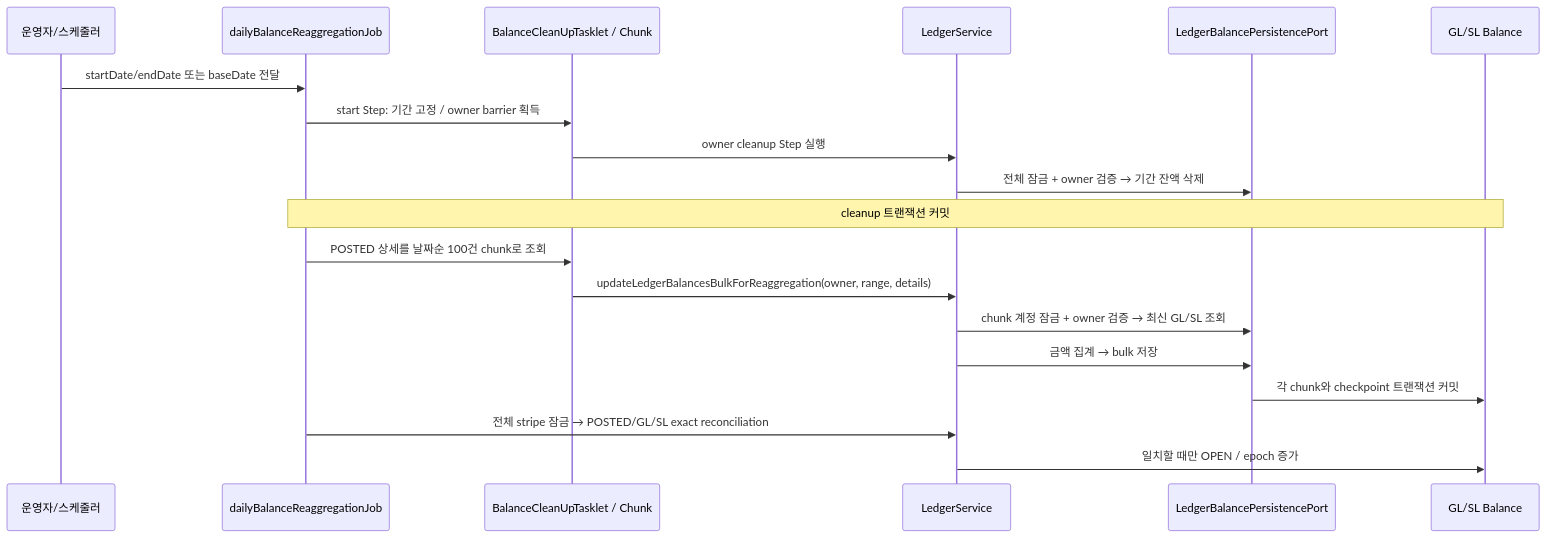
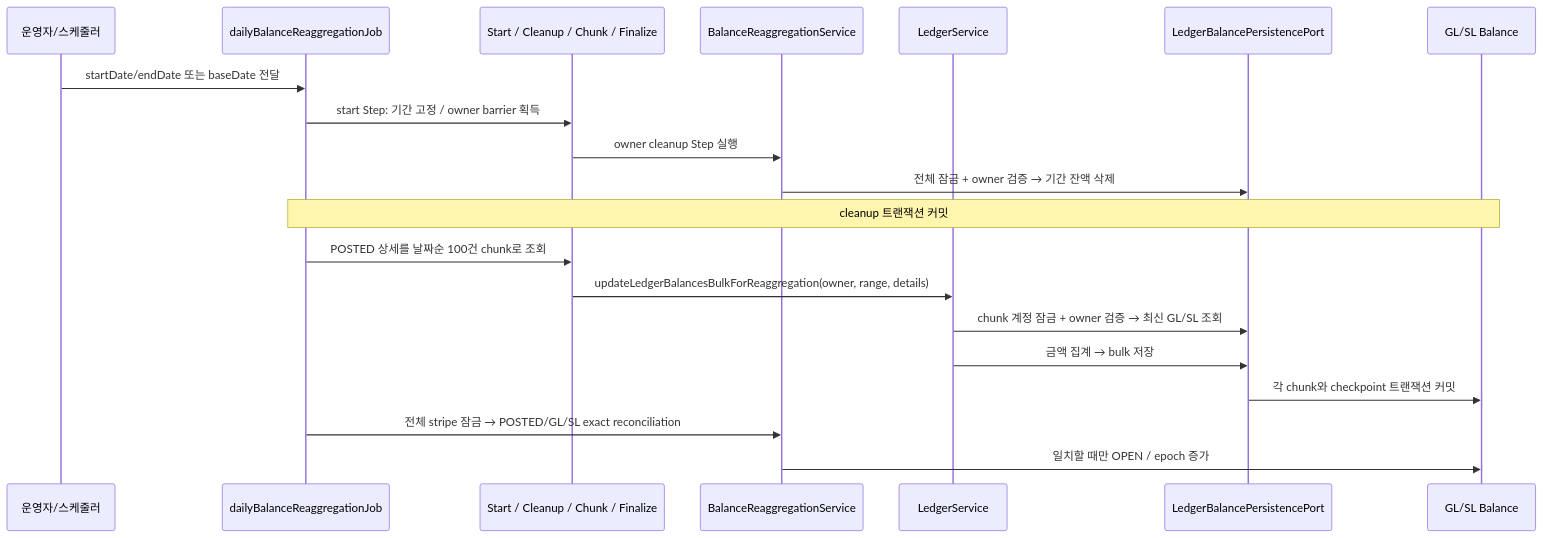
Before and after one commit to skyg547/account: the third of 3 diagrams in journal-ledger/docs/process-flow.md, drawn with Mermaid. The commit also changed other lines of this file and 8 other files, not shown here.

````diff
--- a/journal-ledger/docs/process-flow.md
+++ b/journal-ledger/docs/process-flow.md
@@ -503,22 +503,23 @@
 ```mermaid
 sequenceDiagram
     participant Scheduler as 운영자/스케줄러
     participant Batch as dailyBalanceReaggregationJob
-    participant Tasklet as BalanceCleanUpTasklet / Chunk
+    participant Tasklet as Start / Cleanup / Chunk / Finalize
+    participant Control as BalanceReaggregationService
     participant Service as LedgerService
     participant Port as LedgerBalancePersistencePort
     participant DB as GL/SL Balance
 
     Scheduler->>Batch: startDate/endDate 또는 baseDate 전달
     Batch->>Tasklet: start Step: 기간 고정 / owner barrier 획득
-    Tasklet->>Service: owner cleanup Step 실행
-    Service->>Port: 전체 잠금 + owner 검증 → 기간 잔액 삭제
+    Tasklet->>Control: owner cleanup Step 실행
+    Control->>Port: 전체 잠금 + owner 검증 → 기간 잔액 삭제
     Note over Batch, DB: cleanup 트랜잭션 커밋
     Batch->>Tasklet: POSTED 상세를 날짜순 100건 chunk로 조회
     Tasklet->>Service: updateLedgerBalancesBulkForReaggregation(owner, range, details)
     Service->>Port: chunk 계정 잠금 + owner 검증 → 최신 GL/SL 조회
     Service->>Port: 금액 집계 → bulk 저장
     Port->>DB: 각 chunk와 checkpoint 트랜잭션 커밋
-    Batch->>Service: 전체 stripe 잠금 → POSTED/GL/SL exact reconciliation
-    Service->>DB: 일치할 때만 OPEN / epoch 증가
+    Batch->>Control: 전체 stripe 잠금 → POSTED/GL/SL exact reconciliation
+    Control->>DB: 일치할 때만 OPEN / epoch 증가
 ```
````
